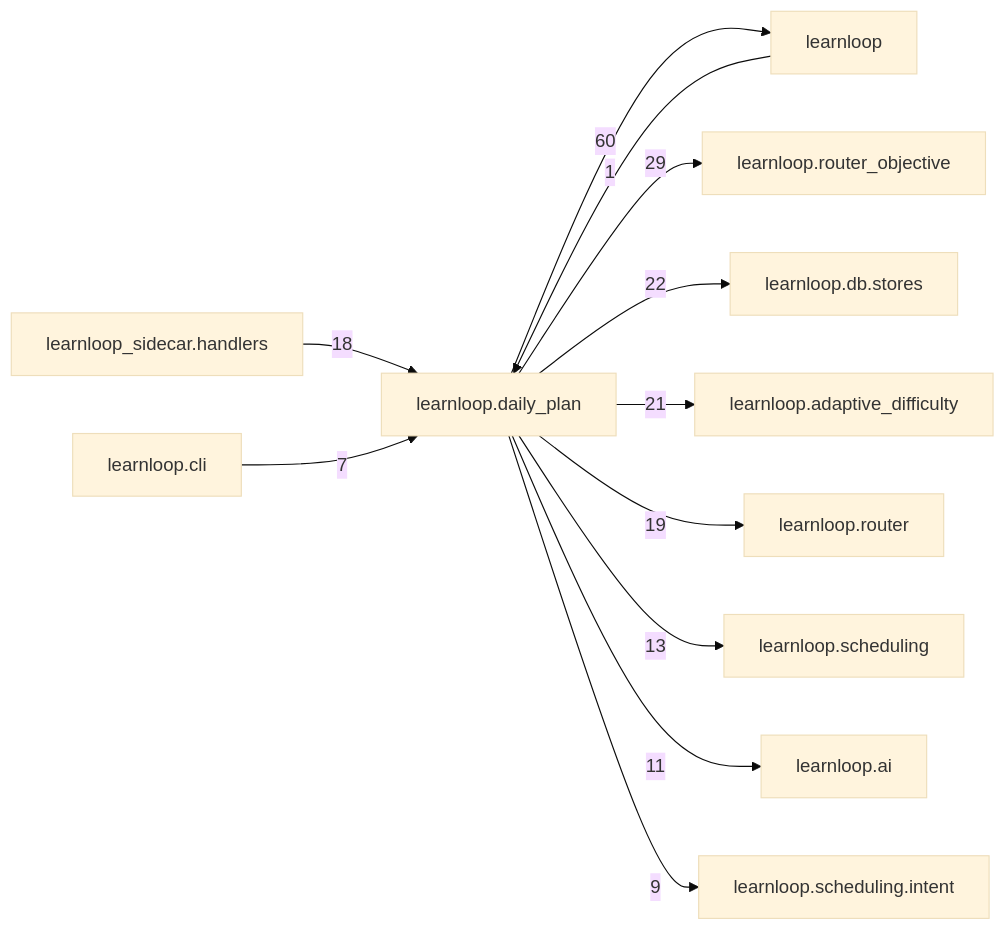
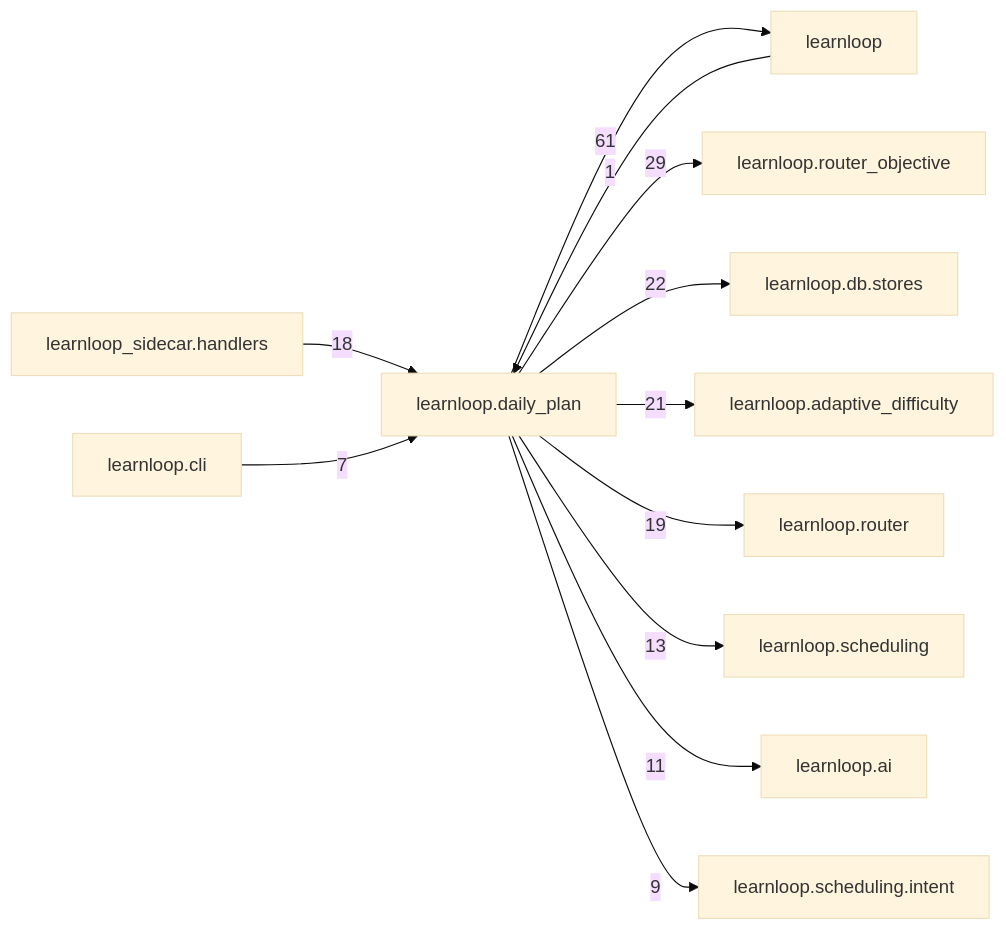
The diagram in docs/learnloop-architecture-vault/Reference/Modules/learnloop/daily_plan/_package.md (6up-b/learnanything), drawn with Mermaid (base theme) before and after one commit. The commit also changed other lines of this file and 48 other files, not shown here.

````diff
--- a/docs/learnloop-architecture-vault/Reference/Modules/learnloop/daily_plan/_package.md
+++ b/docs/learnloop-architecture-vault/Reference/Modules/learnloop/daily_plan/_package.md
@@ -164,25 +164,25 @@
 ```mermaid
 flowchart LR
     center["learnloop.daily_plan"]
     n_learnloop["learnloop"]
     n_learnloop_router_objective["learnloop.router_objective"]
     n_learnloop_db_stores["learnloop.db.stores"]
     n_learnloop_adaptive_difficulty["learnloop.adaptive_difficulty"]
     n_learnloop_router["learnloop.router"]
     n_learnloop_sidecar_handlers["learnloop_sidecar.handlers"]
     n_learnloop_scheduling["learnloop.scheduling"]
     n_learnloop_ai["learnloop.ai"]
     n_learnloop_scheduling_intent["learnloop.scheduling.intent"]
     n_learnloop_cli["learnloop.cli"]
     n_learnloop -->|1| center
-    center -->|60| n_learnloop
+    center -->|61| n_learnloop
     center -->|29| n_learnloop_router_objective
     center -->|22| n_learnloop_db_stores
     center -->|21| n_learnloop_adaptive_difficulty
     center -->|19| n_learnloop_router
     n_learnloop_sidecar_handlers -->|18| center
     center -->|13| n_learnloop_scheduling
     center -->|11| n_learnloop_ai
     center -->|9| n_learnloop_scheduling_intent
     n_learnloop_cli -->|7| center
 ```
````
